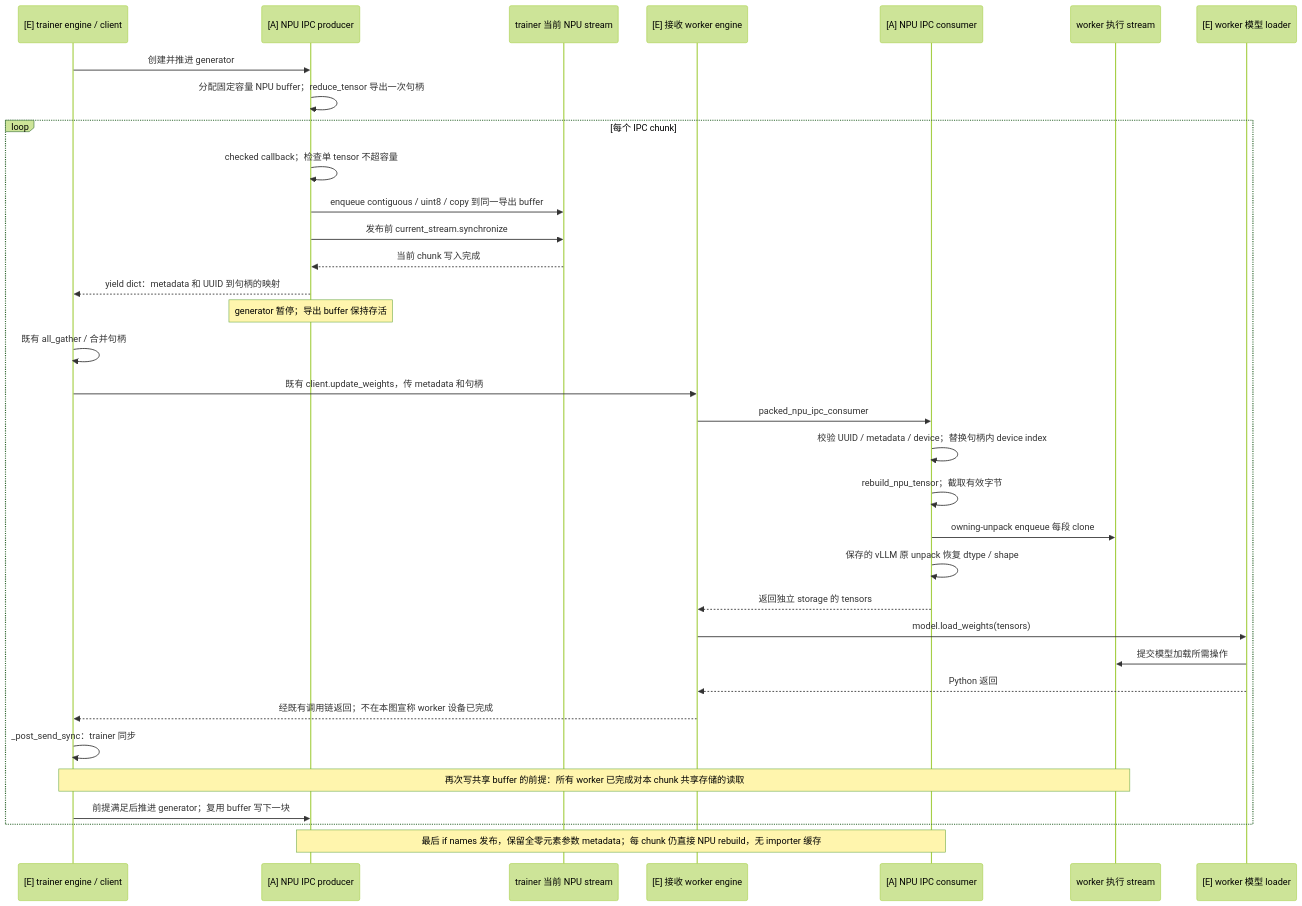
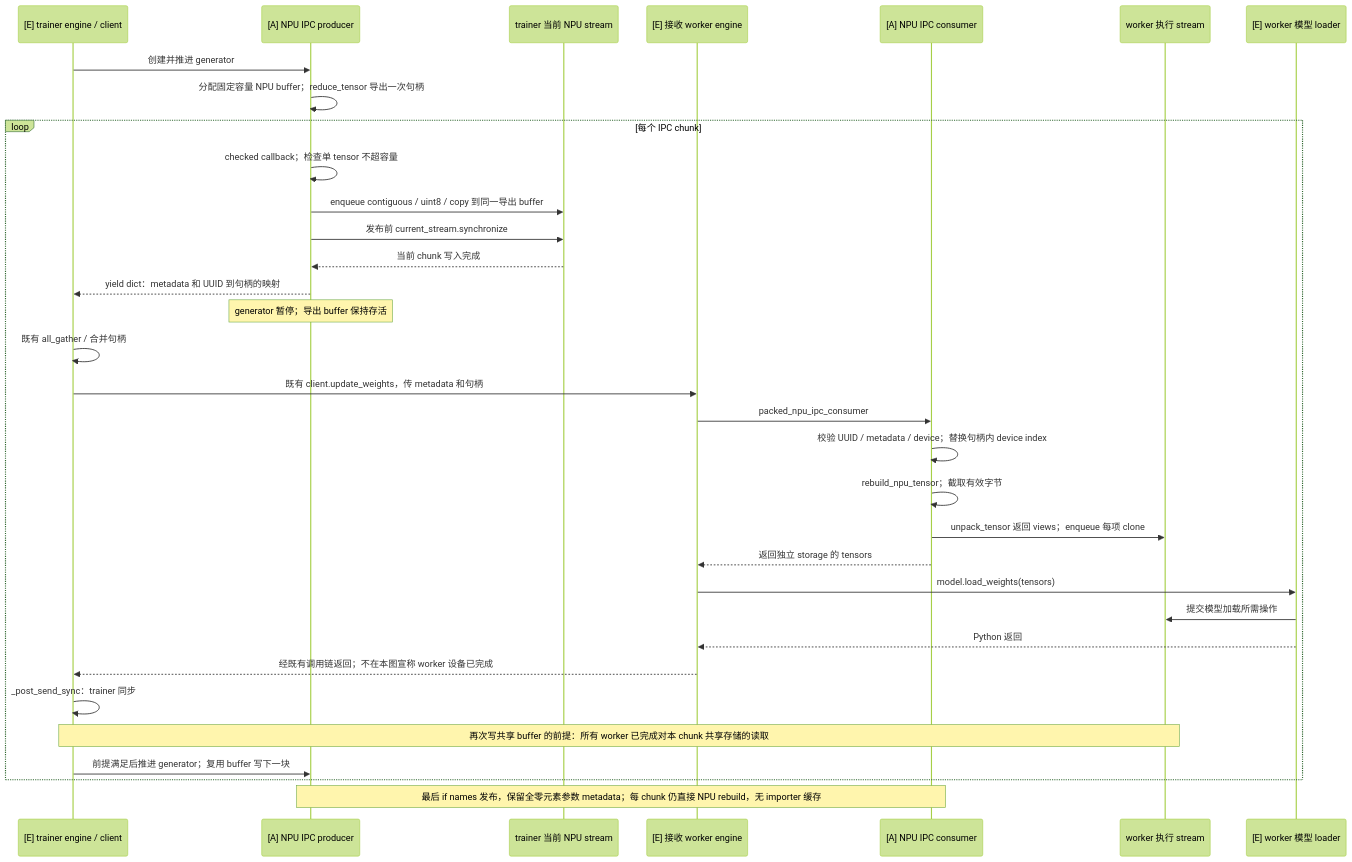
The sixth of 9 diagrams in vllm/weight-transfer/packed-tensor-design.md (Liccol/ref-doc), drawn with Mermaid (forest theme) before and after one commit. The commit also changed other lines of this file and 3 other files, not shown here.

First line of the commit message:
docs: redesign owning storage via post-unpack wrapper v1.0.7

````diff
--- a/vllm/weight-transfer/packed-tensor-design.md
+++ b/vllm/weight-transfer/packed-tensor-design.md
@@ -261,36 +258,35 @@
 ```mermaid
 sequenceDiagram
     participant TE as [E] trainer engine / client
     participant IP as [A] NPU IPC producer
     participant TS as trainer 当前 NPU stream
     participant WE as [E] 接收 worker engine
     participant IC as [A] NPU IPC consumer
     participant WS as worker 执行 stream
     participant ML as [E] worker 模型 loader
     TE->>IP: 创建并推进 generator
     IP->>IP: 分配固定容量 NPU buffer；reduce_tensor 导出一次句柄
     loop 每个 IPC chunk
         IP->>IP: checked callback；检查单 tensor 不超容量
         IP->>TS: enqueue contiguous / uint8 / copy 到同一导出 buffer
         IP->>TS: 发布前 current_stream.synchronize
         TS-->>IP: 当前 chunk 写入完成
         IP-->>TE: yield dict：metadata 和 UUID 到句柄的映射
         Note over IP: generator 暂停；导出 buffer 保持存活
         TE->>TE: 既有 all_gather / 合并句柄
         TE->>WE: 既有 client.update_weights，传 metadata 和句柄
         WE->>IC: packed_npu_ipc_consumer
         IC->>IC: 校验 UUID / metadata / device；替换句柄内 device index
         IC->>IC: rebuild_npu_tensor；截取有效字节
-        IC->>WS: owning-unpack enqueue 每段 clone
-        IC->>IC: 保存的 vLLM 原 unpack 恢复 dtype / shape
+        IC->>WS: unpack_tensor 返回 views；enqueue 每项 clone
         IC-->>WE: 返回独立 storage 的 tensors
         WE->>ML: model.load_weights(tensors)
         ML->>WS: 提交模型加载所需操作
         ML-->>WE: Python 返回
         WE-->>TE: 经既有调用链返回；不在本图宣称 worker 设备已完成
         TE->>TE: _post_send_sync：trainer 同步
         Note over TE,WS: 再次写共享 buffer 的前提：所有 worker 已完成对本 chunk 共享存储的读取
         TE->>IP: 前提满足后推进 generator；复用 buffer 写下一块
     end
     Note over IP,IC: 最后 if names 发布，保留全零元素参数 metadata；每 chunk 仍直接 NPU rebuild，无 importer 缓存
 ```
````
